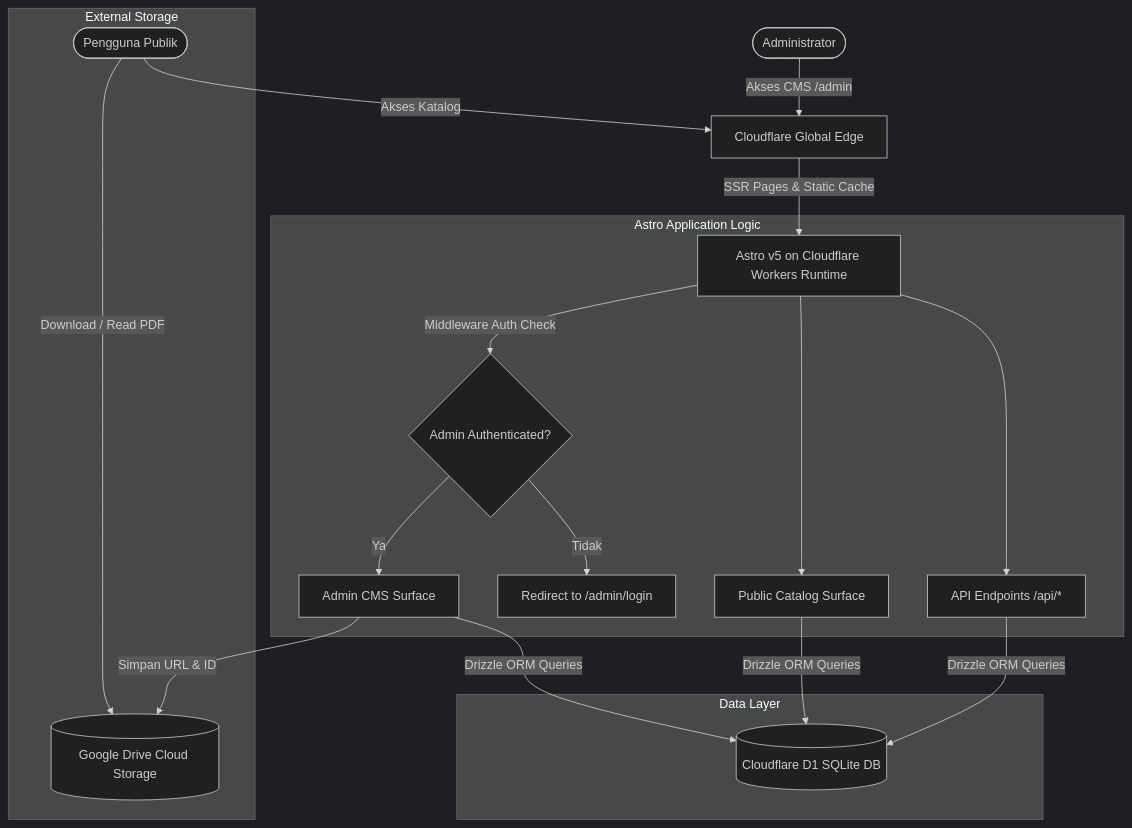
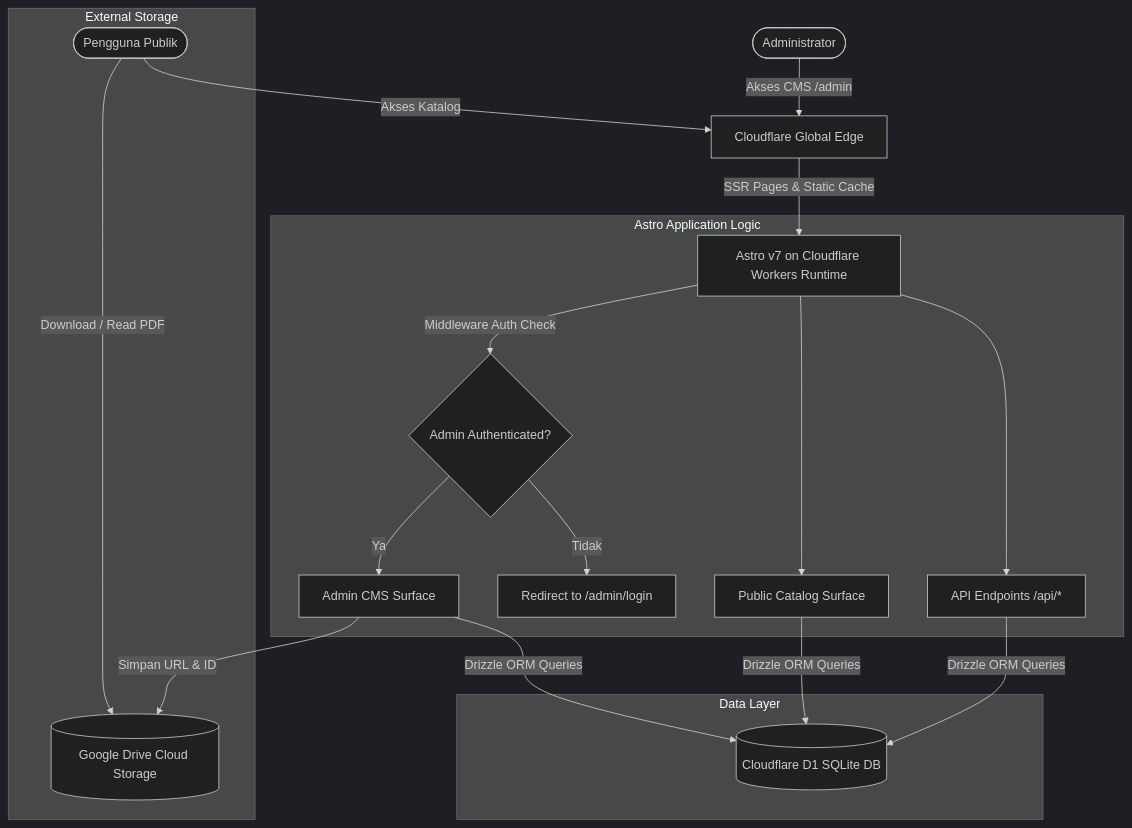
The diagram in doc/ARCHITECTURE.md (cirilalacture/Nihongo-Repo), drawn with Mermaid (dark theme) before and after one commit. The commit also changed other lines of this file and 4 other files, not shown here.

````diff
--- a/doc/ARCHITECTURE.md
+++ b/doc/ARCHITECTURE.md
@@ -5,26 +5,26 @@
 ```mermaid
 flowchart TD
     PublicUser([Pengguna Publik]) -->|Akses Katalog| CDN[Cloudflare Global Edge]
     AdminUser([Administrator]) -->|Akses CMS /admin| CDN
 
-    CDN -->|SSR Pages & Static Cache| AstroApp[Astro v5 on Cloudflare Workers Runtime]
+    CDN -->|SSR Pages & Static Cache| AstroApp[Astro v7 on Cloudflare Workers Runtime]
     
     subgraph Astro Application Logic
         AstroApp -->|Middleware Auth Check| AuthGuard{Admin Authenticated?}
         AuthGuard -->|Ya| AdminCMS[Admin CMS Surface]
         AuthGuard -->|Tidak| AdminLogin[Redirect to /admin/login]
         AstroApp --> PublicCatalog[Public Catalog Surface]
         AstroApp --> ApiEndpoints[API Endpoints /api/*]
     end
 
     subgraph Data Layer
         AdminCMS -->|Drizzle ORM Queries| D1[(Cloudflare D1 SQLite DB)]
         PublicCatalog -->|Drizzle ORM Queries| D1
         ApiEndpoints -->|Drizzle ORM Queries| D1
     end
 
     subgraph External Storage
         PublicUser -->|Download / Read PDF| GDrive[(Google Drive Cloud Storage)]
         AdminCMS -->|Simpan URL & ID| GDrive
     end
 ```
````
